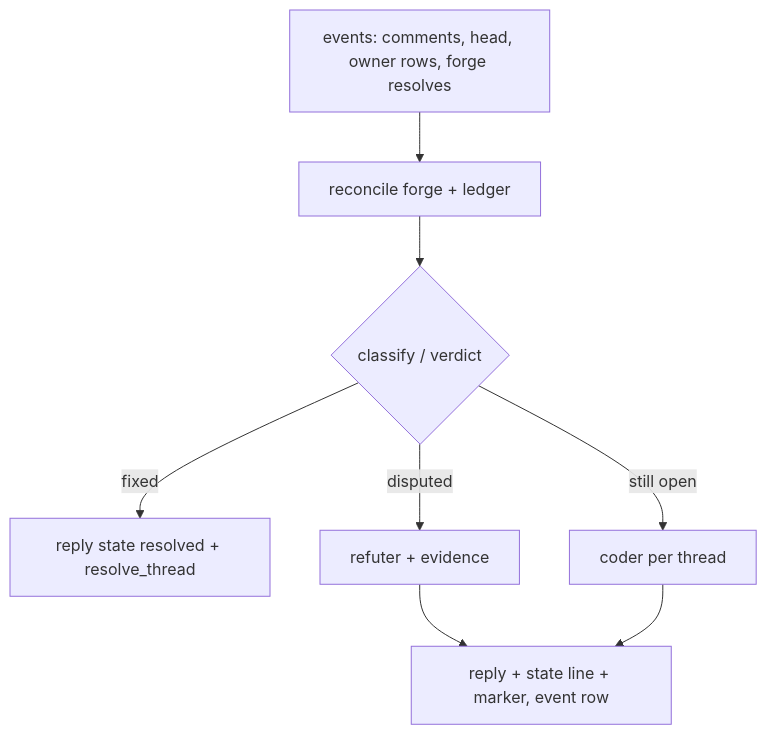
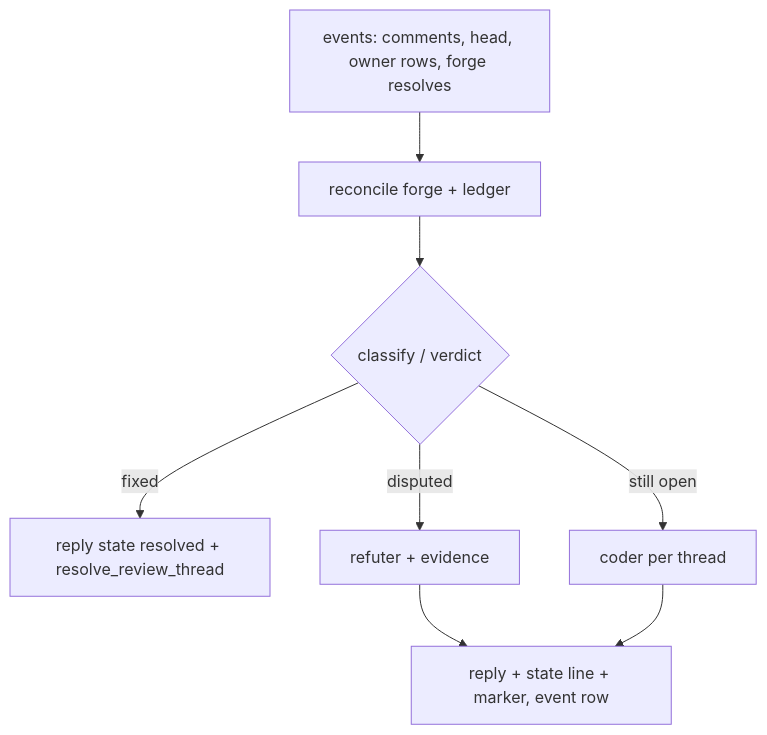
Before and after one commit to repoachhq/repoach: the diagram in docs/specs/2026-11-17_SP-THREAD-REPLY-AGENT_the-role-that-opened-a-thread-answers-in-it-from-the-ledger-and-closes-it.md, drawn with Mermaid. The commit also changed other lines of this file and 3 other files, not shown here.

````diff
--- a/docs/specs/2026-11-17_SP-THREAD-REPLY-AGENT_the-role-that-opened-a-thread-answers-in-it-from-the-ledger-and-closes-it.md
+++ b/docs/specs/2026-11-17_SP-THREAD-REPLY-AGENT_the-role-that-opened-a-thread-answers-in-it-from-the-ledger-and-closes-it.md
@@ -371,9 +445,9 @@
 ```mermaid
 flowchart TD
     E[events: comments, head, owner rows, forge resolves] --> R[reconcile forge + ledger]
     R --> C{classify / verdict}
-    C -->|fixed| S[reply state resolved + resolve_thread]
+    C -->|fixed| S[reply state resolved + resolve_review_thread]
     C -->|disputed| J[refuter + evidence]
     C -->|still open| K[coder per thread]
     J & K --> P[reply + state line + marker, event row]
 ```
````
